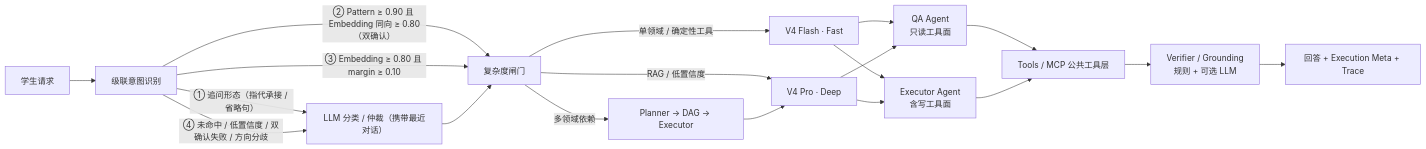
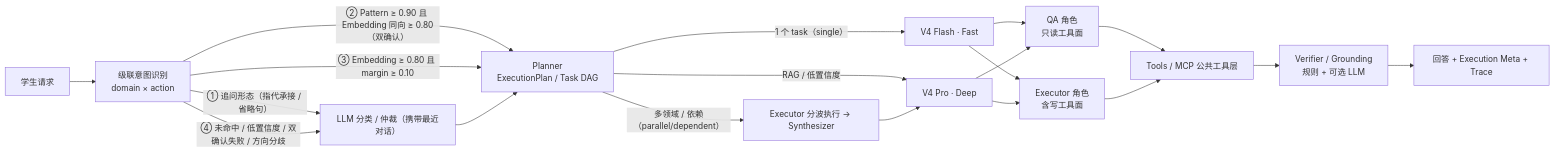
One commit to iam-epiphany/XDU-EchoGuide changed the first of 2 diagrams in README.md. Above: the diagram before and after it, drawn with Mermaid. The commit also changed other lines of this file and 32 other files, not shown here.

````diff
--- a/README.md
+++ b/README.md
@@ -41,21 +47,21 @@
 ```mermaid
 flowchart LR
-    U["学生请求"] --> G["级联意图识别"]
+    U["学生请求"] --> G["级联意图识别<br/>domain × action"]
     G -->|"① 追问形态（指代承接 / 省略句）"| L["LLM 分类 / 仲裁（携带最近对话）"]
-    G -->|"② Pattern ≥ 0.90 且 Embedding 同向 ≥ 0.80（双确认）"| C["复杂度闸门"]
-    G -->|"③ Embedding ≥ 0.80 且 margin ≥ 0.10"| C
+    G -->|"② Pattern ≥ 0.90 且 Embedding 同向 ≥ 0.80（双确认）"| P["Planner<br/>ExecutionPlan / Task DAG"]
+    G -->|"③ Embedding ≥ 0.80 且 margin ≥ 0.10"| P
     G -->|"④ 未命中 / 低置信度 / 双确认失败 / 方向分歧"| L
-    L --> C
-    C -->|"单领域 / 确定性工具"| F["V4 Flash · Fast"]
-    C -->|"RAG / 低置信度"| D["V4 Pro · Deep"]
-    C -->|"多领域依赖"| P["Planner → DAG → Executor"]
-    P --> D
-    F --> Q["QA Agent<br/>只读工具面"]
+    L --> P
+    P -->|"1 个 task（single）"| F["V4 Flash · Fast"]
+    P -->|"RAG / 低置信度"| D["V4 Pro · Deep"]
+    P -->|"多领域 / 依赖（parallel/dependent）"| X["Executor 分波执行 → Synthesizer"]
+    X --> D
+    F --> Q["QA 角色<br/>只读工具面"]
     D --> Q
-    F --> E["Executor Agent<br/>含写工具面"]
+    F --> E["Executor 角色<br/>含写工具面"]
     D --> E
     Q --> T["Tools / MCP 公共工具层"]
     E --> T
     T --> V["Verifier / Grounding<br/>规则 + 可选 LLM"]
     V --> R["回答 + Execution Meta + Trace"]
 ```
````
